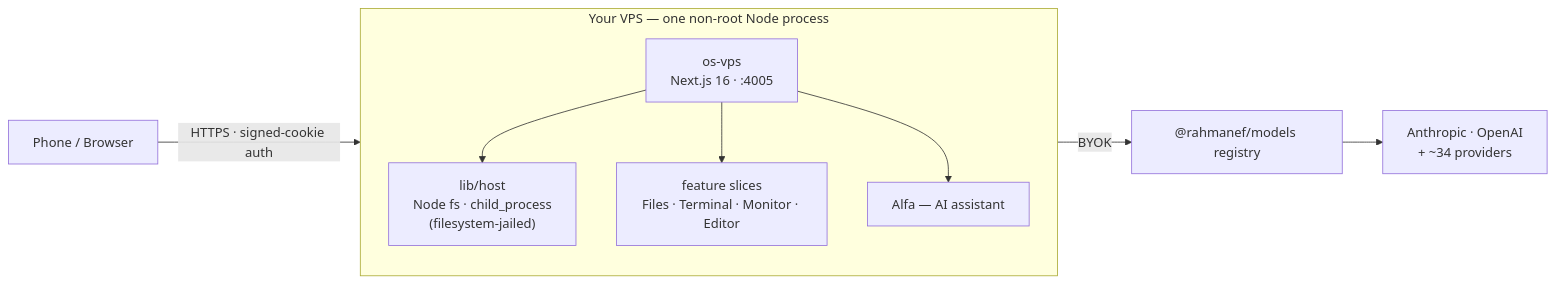
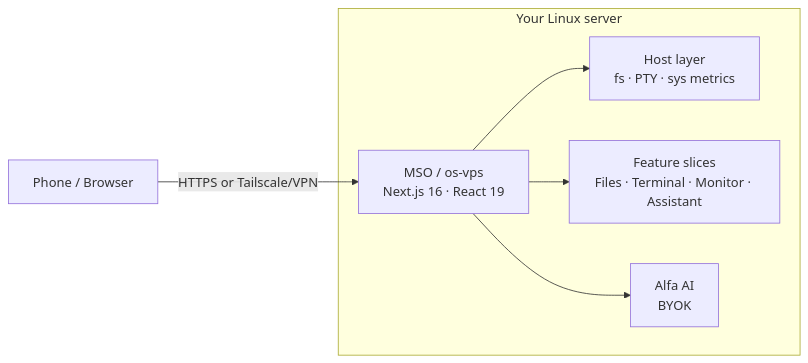
One commit to rahmanef63/os-vps changed the diagram in README.md. Above: the diagram before and after it, drawn with Mermaid. The commit also changed other lines of this file and 4 other files, not shown here.

````diff
--- a/README.md
+++ b/README.md
@@ -48,14 +112,14 @@
 ```mermaid
 flowchart LR
   U["Phone / Browser"]
-  subgraph VPS["Your VPS — one non-root Node process"]
-    direction TB
-    APP["os-vps<br/>Next.js 16 · :4005"]
-    APP --> HOST["lib/host<br/>Node fs · child_process<br/>(filesystem-jailed)"]
-    APP --> SLICES["feature slices<br/>Files · Terminal · Monitor · Editor"]
-    APP --> AI["Alfa — AI assistant"]
+  subgraph VPS["Your Linux server"]
+    APP["MSO / os-vps<br/>Next.js 16 · React 19"]
+    HOST["Host layer<br/>fs · PTY · sys metrics"]
+    SLICES["Feature slices<br/>Files · Terminal · Monitor · Assistant"]
+    AI["Alfa AI<br/>BYOK"]
   end
-  U -->|"HTTPS · signed-cookie auth"| APP
-  AI -->|BYOK| MODELS["@rahmanef/models registry"]
-  MODELS --> PROV["Anthropic · OpenAI<br/>+ ~34 providers"]
+  U -->|"HTTPS or Tailscale/VPN"| APP
+  APP --> HOST
+  APP --> SLICES
+  APP --> AI
 ```
````
